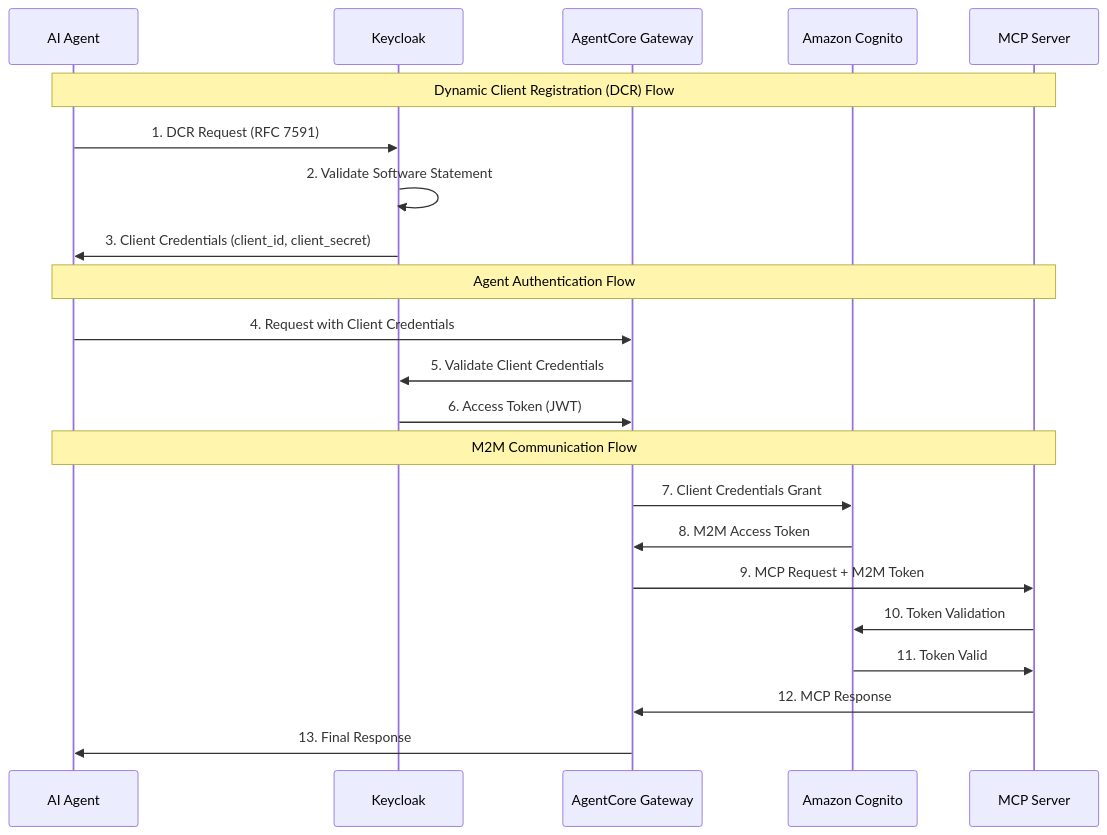
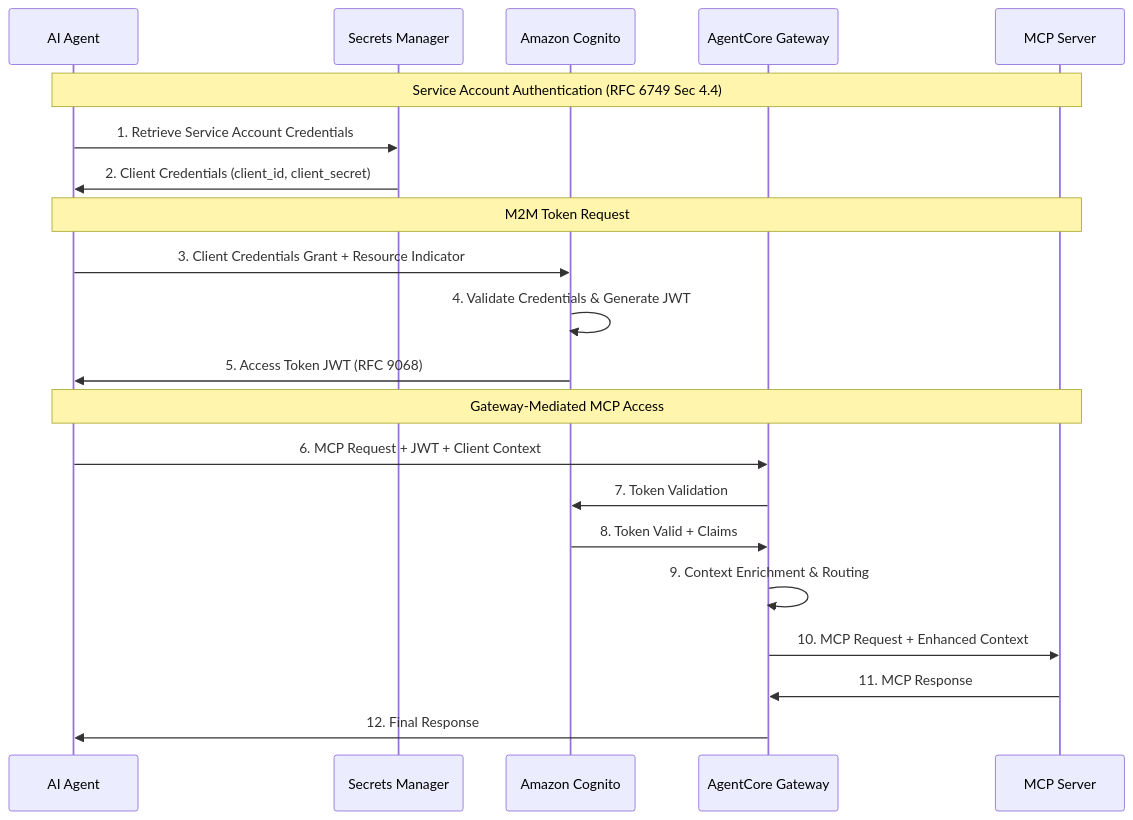
Before and after one commit to thiagodavala/ai-foundation-arch: diagram 11 of 17 in README.md, drawn with Mermaid. The commit also changed other lines of this file, not shown here.

````diff
--- a/README.md
+++ b/README.md
@@ -393,27 +743,26 @@
 ```mermaid
 sequenceDiagram
     participant Agent as AI Agent
-    participant KC as Keycloak
+    participant SM as Secrets Manager
+    participant COG as Amazon Cognito
     participant AGW as AgentCore Gateway
-    participant COG as Amazon Cognito
     participant MCP as MCP Server
     
-    Note over Agent, MCP: Dynamic Client Registration (DCR) Flow
-    Agent->>KC: 1. DCR Request (RFC 7591)
-    KC->>KC: 2. Validate Software Statement
-    KC->>Agent: 3. Client Credentials (client_id, client_secret)
+    Note over Agent, MCP: Service Account Authentication (RFC 6749 Sec 4.4)
+    Agent->>SM: 1. Retrieve Service Account Credentials
+    SM->>Agent: 2. Client Credentials (client_id, client_secret)
     
-    Note over Agent, MCP: Agent Authentication Flow
-    Agent->>AGW: 4. Request with Client Credentials
-    AGW->>KC: 5. Validate Client Credentials
-    KC->>AGW: 6. Access Token (JWT)
+    Note over Agent, MCP: M2M Token Request
+    Agent->>COG: 3. Client Credentials Grant + Resource Indicator
+    COG->>COG: 4. Validate Credentials & Generate JWT
+    COG->>Agent: 5. Access Token JWT (RFC 9068)
     
-    Note over Agent, MCP: M2M Communication Flow
-    AGW->>COG: 7. Client Credentials Grant
-    COG->>AGW: 8. M2M Access Token
-    AGW->>MCP: 9. MCP Request + M2M Token
-    MCP->>COG: 10. Token Validation
-    COG->>MCP: 11. Token Valid
-    MCP->>AGW: 12. MCP Response
-    AGW->>Agent: 13. Final Response
+    Note over Agent, MCP: Gateway-Mediated MCP Access
+    Agent->>AGW: 6. MCP Request + JWT + Client Context
+    AGW->>COG: 7. Token Validation
+    COG->>AGW: 8. Token Valid + Claims
+    AGW->>AGW: 9. Context Enrichment & Routing
+    AGW->>MCP: 10. MCP Request + Enhanced Context
+    MCP->>AGW: 11. MCP Response
+    AGW->>Agent: 12. Final Response
 ```
````
